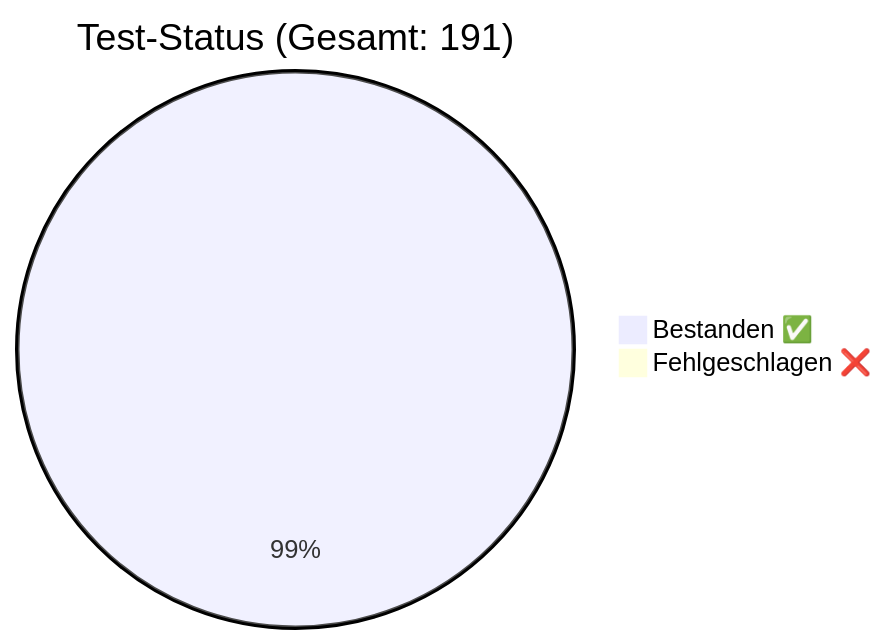
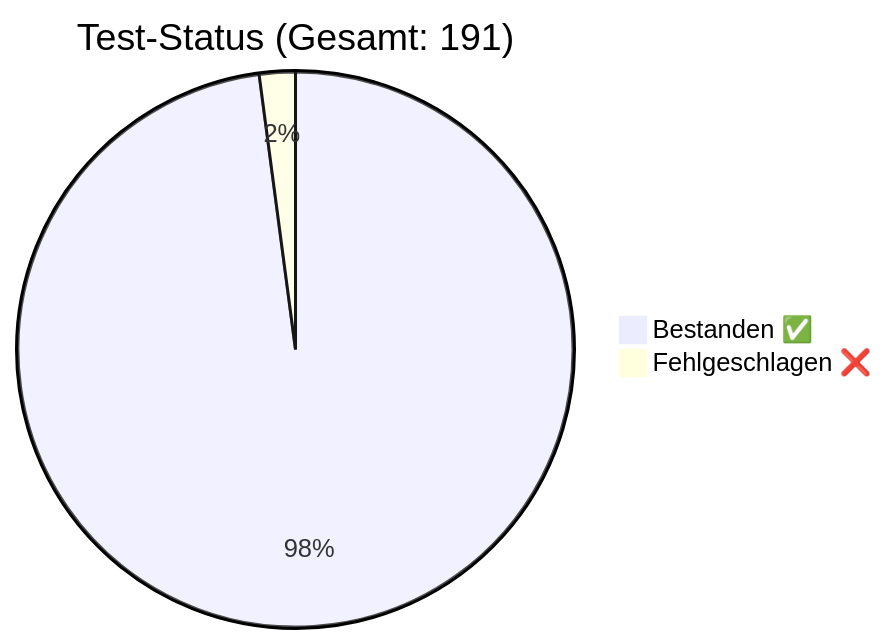
The diagram in docs/QA_Report.md (rorila/GCS), drawn with Mermaid before and after one commit. The commit also changed other lines of this file and 39 other files, not shown here.

````diff
--- a/docs/QA_Report.md
+++ b/docs/QA_Report.md
@@ -7,5 +7,5 @@
 ```mermaid
 pie title Test-Status (Gesamt: 191)
-    "Bestanden ✅" : 190
-    "Fehlgeschlagen ❌" : 1
+    "Bestanden ✅" : 187
+    "Fehlgeschlagen ❌" : 4
 ```
````
